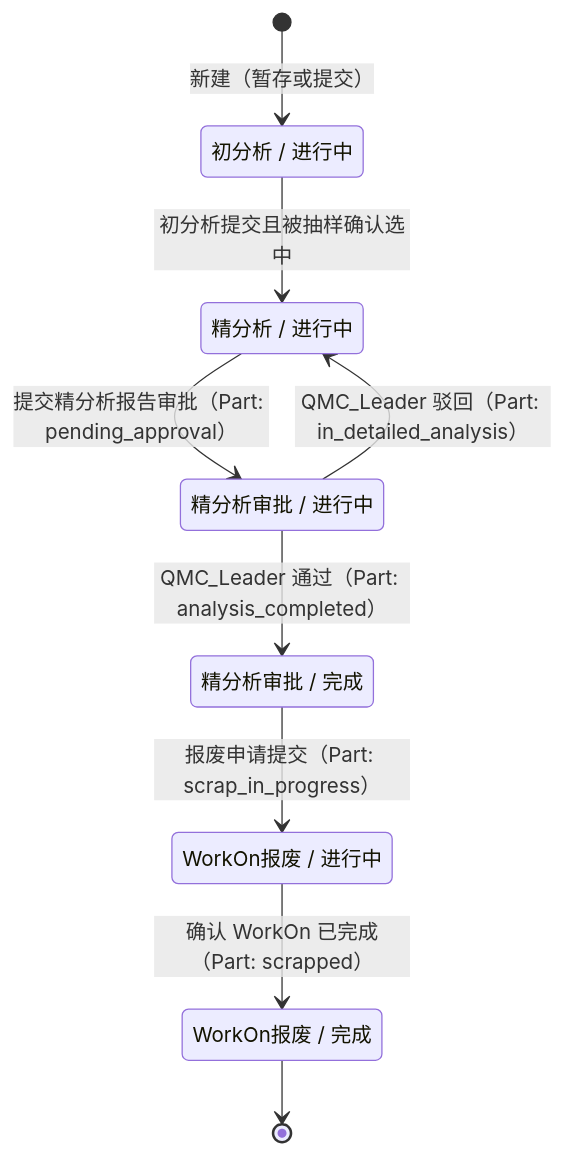
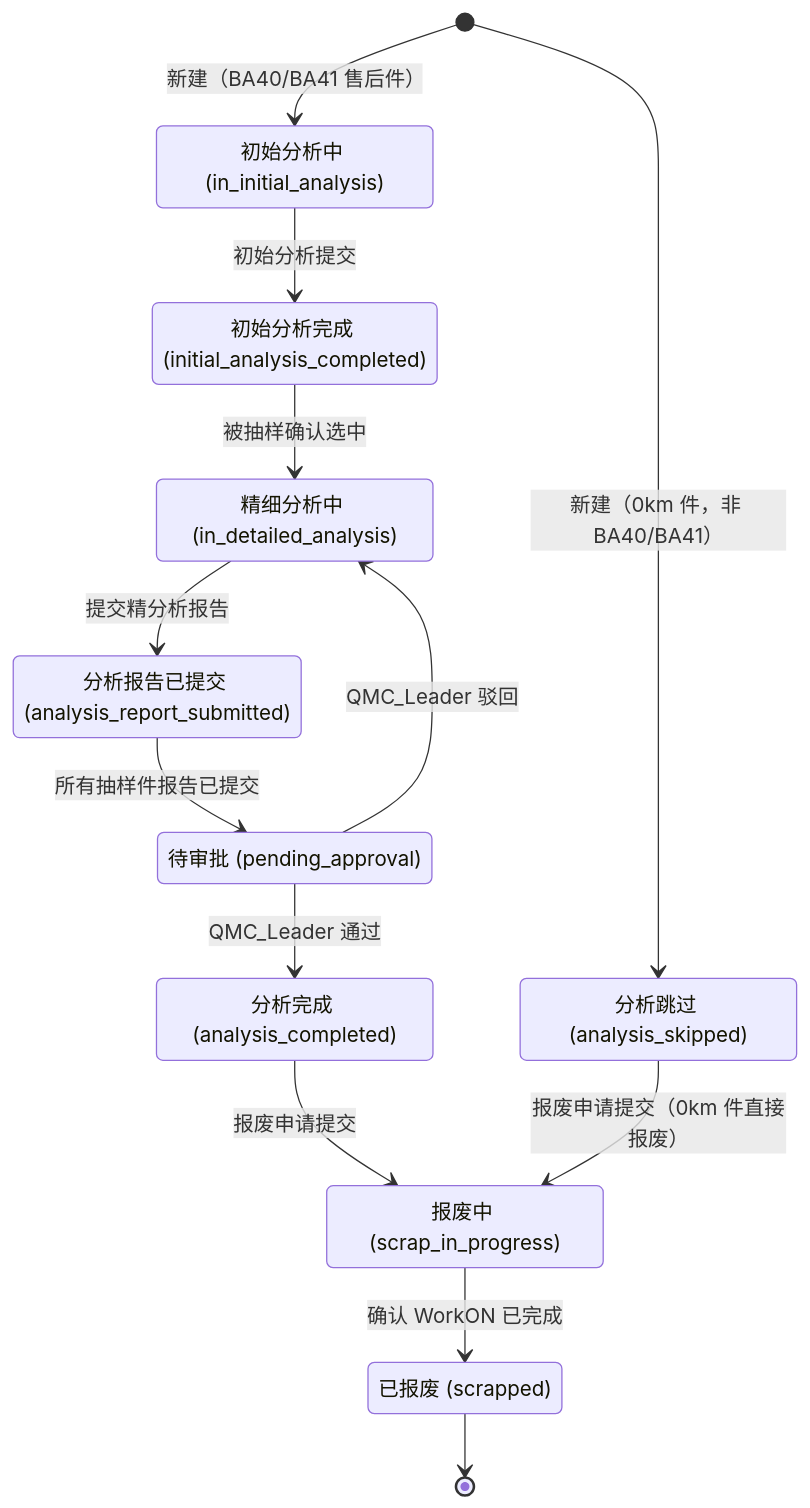
One commit to xvfeiran/wfam-doc changed the fifth of 16 diagrams in 01-设计文档/开发设计文档.md. Above: the diagram before and after it, drawn with Mermaid. The commit also changed other lines of this file and 1 other file, not shown here.

````diff
--- a/01-设计文档/开发设计文档.md
+++ b/01-设计文档/开发设计文档.md
@@ -459,18 +477,25 @@
 ```mermaid
 stateDiagram-v2
-    state "初分析 / 进行中" as ia_ip
-    state "精分析 / 进行中" as da_ip
-    state "精分析审批 / 进行中" as ap_ip
-    state "精分析审批 / 完成" as ap_done
-    state "WorkOn报废 / 进行中" as scrap_ip
-    state "WorkOn报废 / 完成" as scrap_done
+    state "初始分析中 (in_initial_analysis)" as ia_ip
+    state "初始分析完成 (initial_analysis_completed)" as ia_done
+    state "精细分析中 (in_detailed_analysis)" as da_ip
+    state "分析报告已提交 (analysis_report_submitted)" as ar_submitted
+    state "待审批 (pending_approval)" as ap_ip
+    state "分析完成 (analysis_completed)" as ap_done
+    state "分析跳过 (analysis_skipped)" as skipped
+    state "报废中 (scrap_in_progress)" as scrap_ip
+    state "已报废 (scrapped)" as scrap_done
 
-    [*] --> ia_ip: 新建（暂存或提交）
-    ia_ip --> da_ip: 初分析提交且被抽样确认选中
-    da_ip --> ap_ip: 提交精分析报告审批（Part: pending_approval）
-    ap_ip --> da_ip: QMC_Leader 驳回（Part: in_detailed_analysis）
-    ap_ip --> ap_done: QMC_Leader 通过（Part: analysis_completed）
-    ap_done --> scrap_ip: 报废申请提交（Part: scrap_in_progress）
-    scrap_ip --> scrap_done: 确认 WorkOn 已完成（Part: scrapped）
+    [*] --> ia_ip: 新建（BA40/BA41 售后件）
+    [*] --> skipped: 新建（0km 件，非 BA40/BA41）
+    ia_ip --> ia_done: 初始分析提交
+    ia_done --> da_ip: 被抽样确认选中
+    da_ip --> ar_submitted: 提交精分析报告
+    ar_submitted --> ap_ip: 所有抽样件报告已提交
+    ap_ip --> da_ip: QMC_Leader 驳回
+    ap_ip --> ap_done: QMC_Leader 通过
+    ap_done --> scrap_ip: 报废申请提交
+    skipped --> scrap_ip: 报废申请提交（0km 件直接报废）
+    scrap_ip --> scrap_done: 确认 WorkON 已完成
     scrap_done --> [*]
 ```
````
